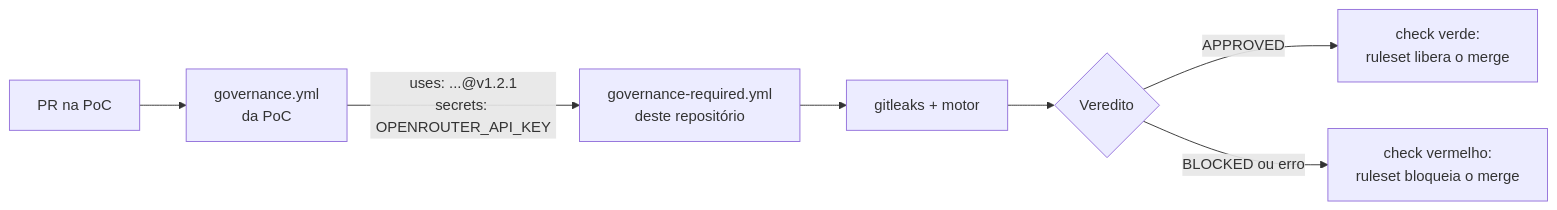
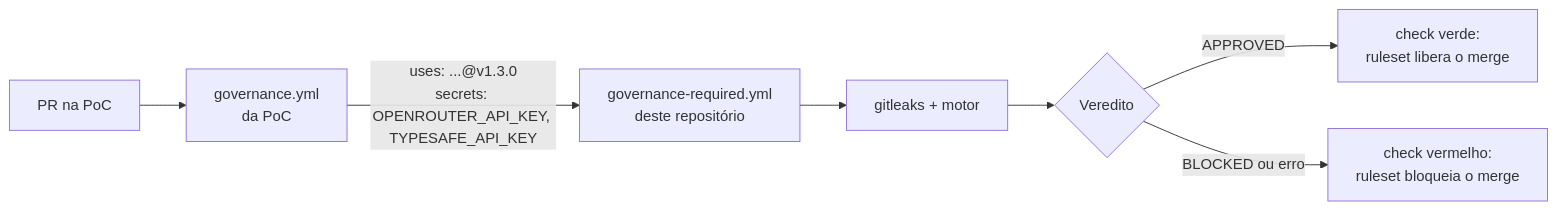
Before and after one commit to robertosrjr/governance-policies: the diagram in README.md, drawn with Mermaid. The commit also changed other lines of this file and 30 other files, not shown here.

````diff
--- a/README.md
+++ b/README.md
@@ -90,9 +90,9 @@
 ```mermaid
 flowchart LR
     A[PR na PoC] --> B[governance.yml<br/>da PoC]
-    B -- "uses: ...@v1.2.1<br/>secrets: OPENROUTER_API_KEY" --> C[governance-required.yml<br/>deste repositório]
+    B -- "uses: ...@v1.3.0<br/>secrets: OPENROUTER_API_KEY, TYPESAFE_API_KEY" --> C[governance-required.yml<br/>deste repositório]
     C --> D[gitleaks + motor]
     D --> E{Veredito}
     E -- APPROVED --> F[check verde:<br/>ruleset libera o merge]
     E -- BLOCKED ou erro --> G[check vermelho:<br/>ruleset bloqueia o merge]
 ```
````
